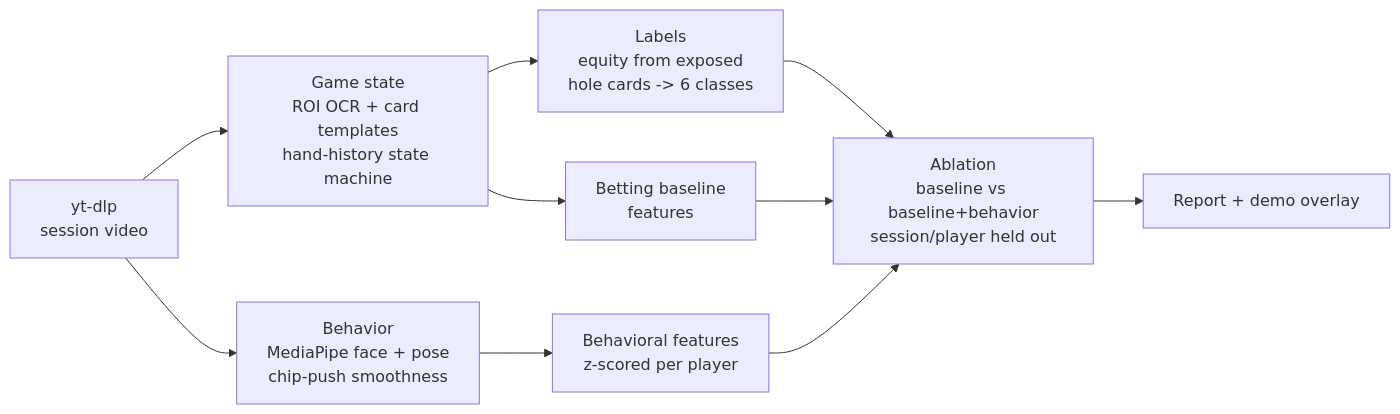
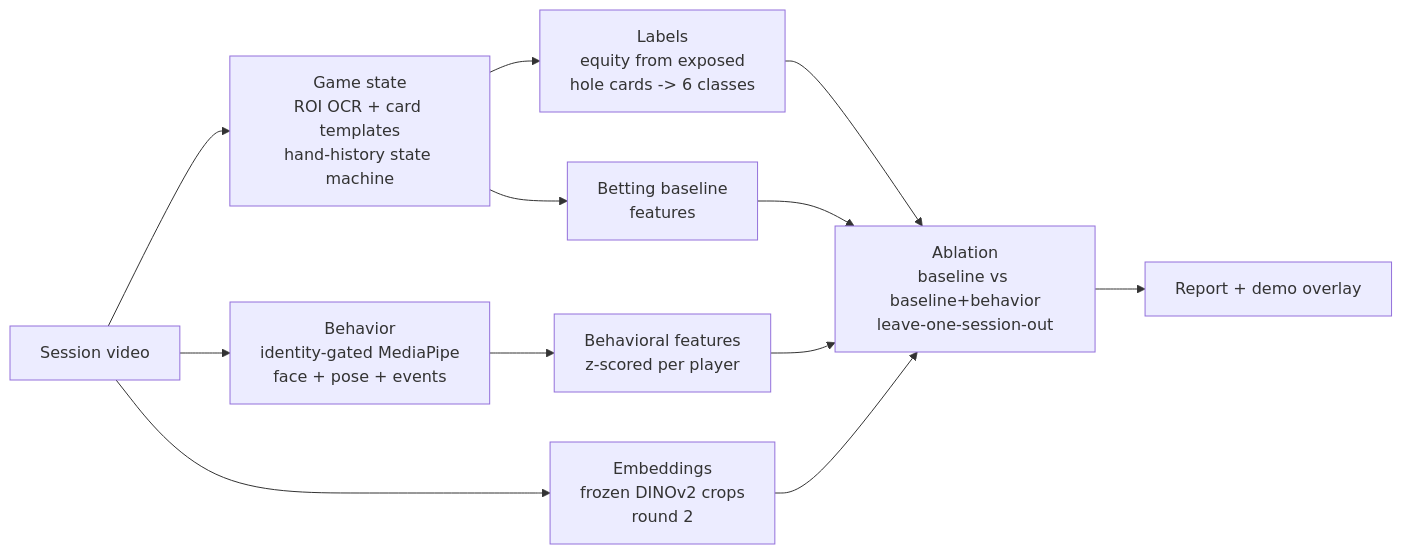
Before and after one commit to minuuva/Poker-Bluff-Detector: the diagram in README.md, drawn with Mermaid. The commit also changed other lines of this file and 2 other files, not shown here.

First line of the commit message:
Rewrite README around the published study; add demo media

````diff
--- a/README.md
+++ b/README.md
@@ -107,12 +78,14 @@
 ```mermaid
 flowchart LR
-    A[yt-dlp<br>session video] --> B[Game state<br>ROI OCR + card templates<br>hand-history state machine]
-    A --> C[Behavior<br>MediaPipe face + pose<br>chip-push smoothness]
+    A[Session video] --> B[Game state<br>ROI OCR + card templates<br>hand-history state machine]
+    A --> C[Behavior<br>identity-gated MediaPipe<br>face + pose + events]
+    A --> I[Embeddings<br>frozen DINOv2 crops<br>round 2]
     B --> D[Labels<br>equity from exposed<br>hole cards -> 6 classes]
     B --> E[Betting baseline<br>features]
     C --> F[Behavioral features<br>z-scored per player]
-    D --> G[Ablation<br>baseline vs baseline+behavior<br>session/player held out]
+    D --> G[Ablation<br>baseline vs baseline+behavior<br>leave-one-session-out]
     E --> G
     F --> G
+    I --> G
     G --> H[Report + demo overlay]
 ```
````
